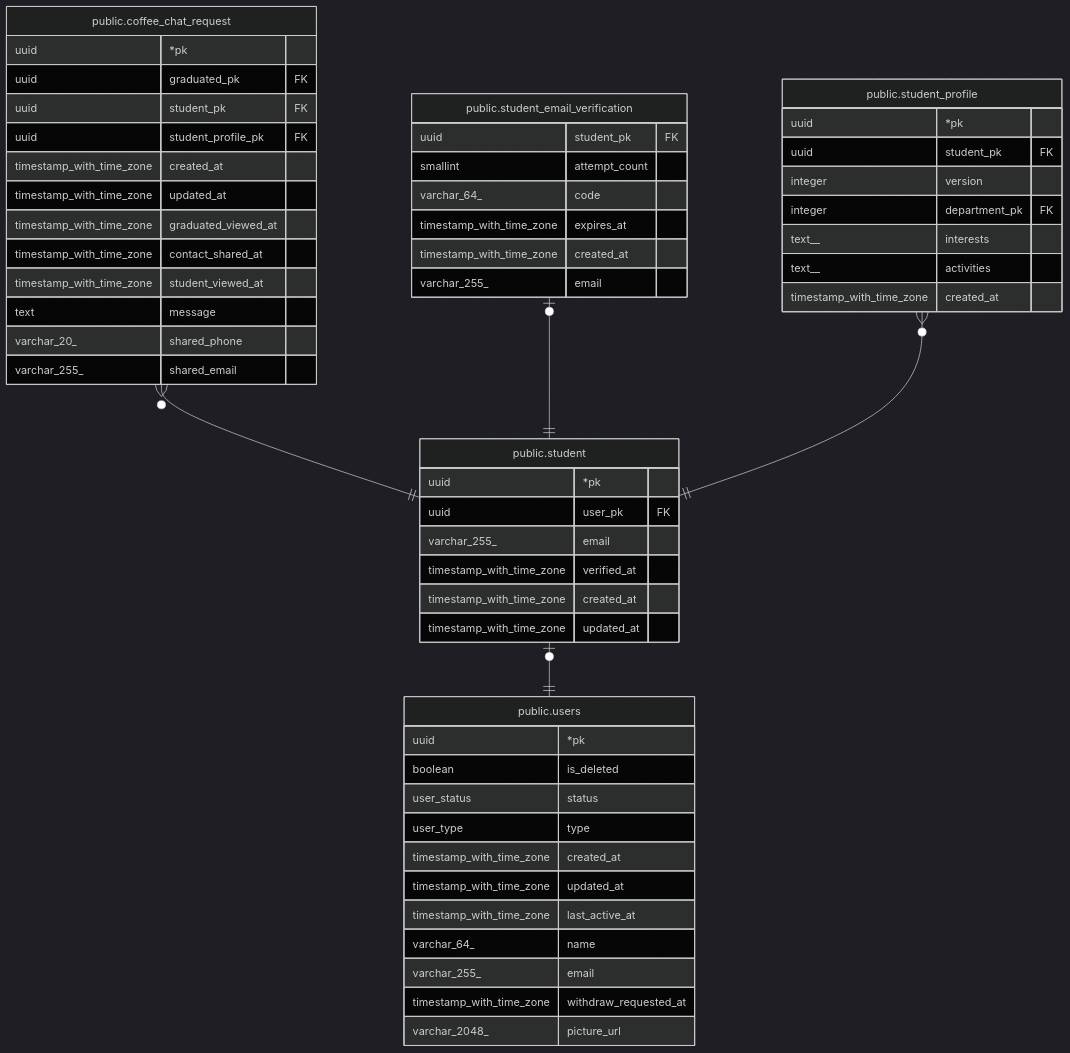
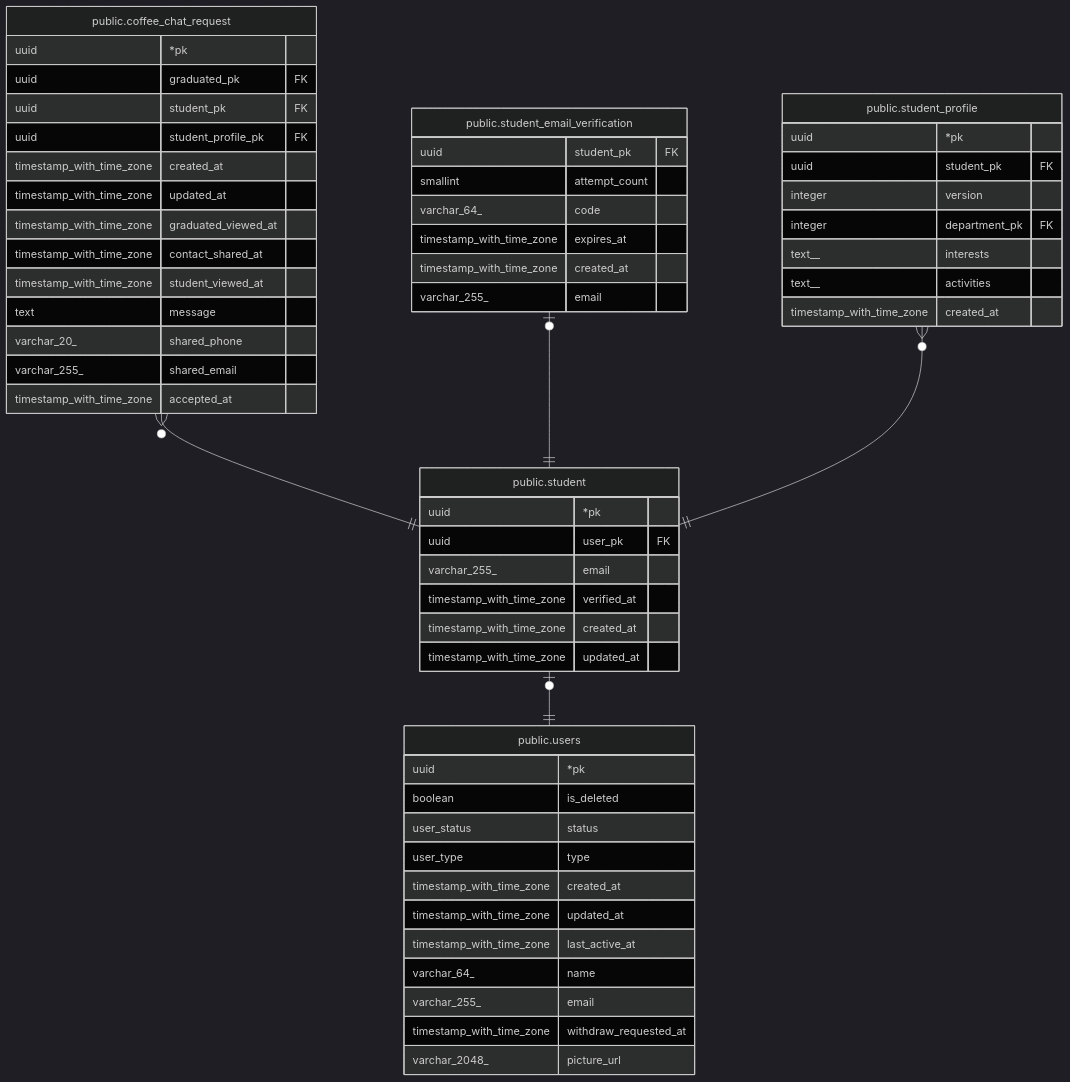
Before and after one commit to gsainfoteam/cheers-be: the diagram in docs/schema/public.student.md, drawn with Mermaid (dark theme). The commit also changed 22 other files, not shown here.

````diff
--- a/docs/schema/public.student.md
+++ b/docs/schema/public.student.md
@@ -37,61 +37,62 @@
 ```mermaid
 erDiagram
 
 "public.coffee_chat_request" }o--|| "public.student" : ""
 "public.student_email_verification" |o--|| "public.student" : ""
 "public.student_profile" }o--|| "public.student" : ""
 "public.student" |o--|| "public.users" : ""
 
 "public.student" {
   uuid *pk
   uuid user_pk FK
   varchar_255_ email
   timestamp_with_time_zone verified_at
   timestamp_with_time_zone created_at
   timestamp_with_time_zone updated_at
 }
 "public.coffee_chat_request" {
   uuid *pk
   uuid graduated_pk FK
   uuid student_pk FK
   uuid student_profile_pk FK
   timestamp_with_time_zone created_at
   timestamp_with_time_zone updated_at
   timestamp_with_time_zone graduated_viewed_at
   timestamp_with_time_zone contact_shared_at
   timestamp_with_time_zone student_viewed_at
   text message
   varchar_20_ shared_phone
   varchar_255_ shared_email
+  timestamp_with_time_zone accepted_at
 }
 "public.student_email_verification" {
   uuid student_pk FK
   smallint attempt_count
   varchar_64_ code
   timestamp_with_time_zone expires_at
   timestamp_with_time_zone created_at
   varchar_255_ email
 }
 "public.student_profile" {
   uuid *pk
   uuid student_pk FK
   integer version
   integer department_pk FK
   text__ interests
   text__ activities
   timestamp_with_time_zone created_at
 }
 "public.users" {
   uuid *pk
   boolean is_deleted
   user_status status
   user_type type
   timestamp_with_time_zone created_at
   timestamp_with_time_zone updated_at
   timestamp_with_time_zone last_active_at
   varchar_64_ name
   varchar_255_ email
   timestamp_with_time_zone withdraw_requested_at
   varchar_2048_ picture_url
 }
 ```
````
